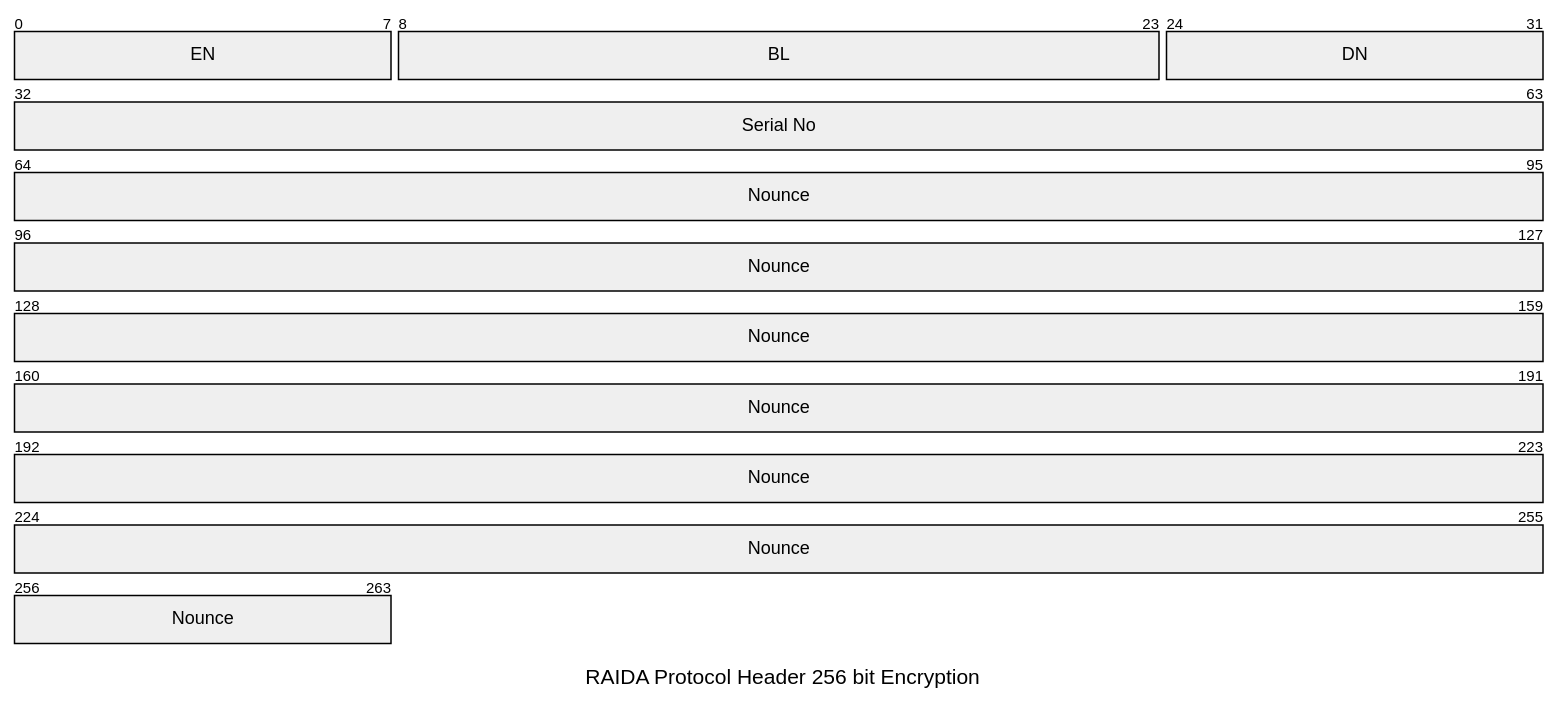
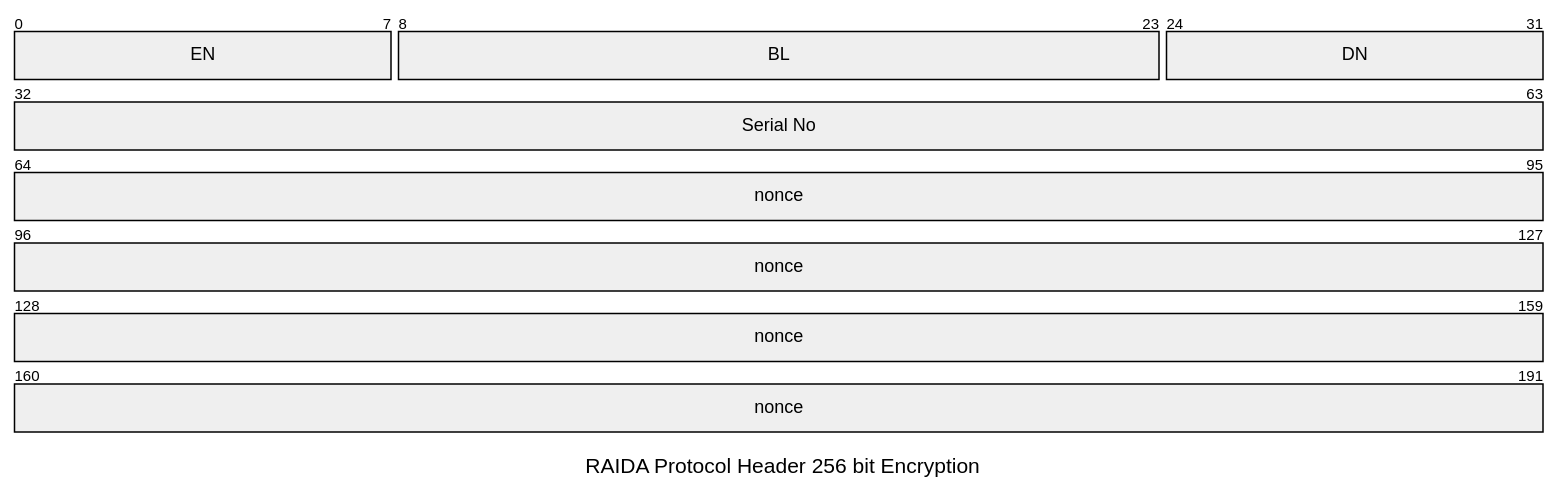
One commit to worthingtonse/client-prompts changed the first of 2 diagrams in CONTEXT/request-header-format-for-256-bit-encryption.md. Above: the diagram before and after it, drawn with Mermaid. The commit also changed other lines of this file, not shown here.

````diff
--- a/CONTEXT/request-header-format-for-256-bit-encryption.md
+++ b/CONTEXT/request-header-format-for-256-bit-encryption.md
@@ -24,11 +24,11 @@
 ```mermaid
 ---
 title: "RAIDA Protocol Header 256 bit Encryption"
 ---
 packet-beta
 +8: "EN"
 +16: "BL"
 +8: "DN"
 +32: "Serial No"
-+200: "Nounce"
++128: "nonce"
 ```
````
